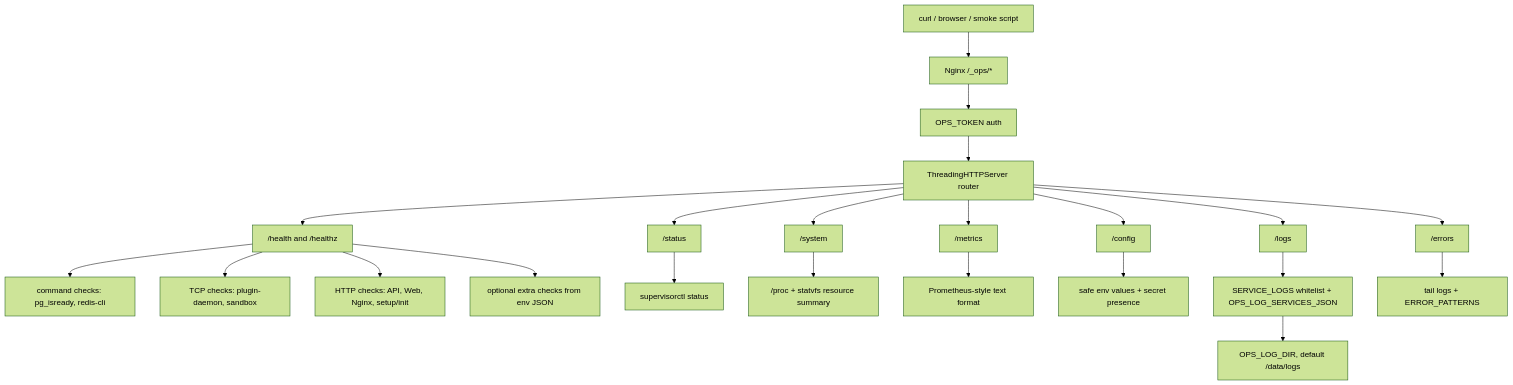
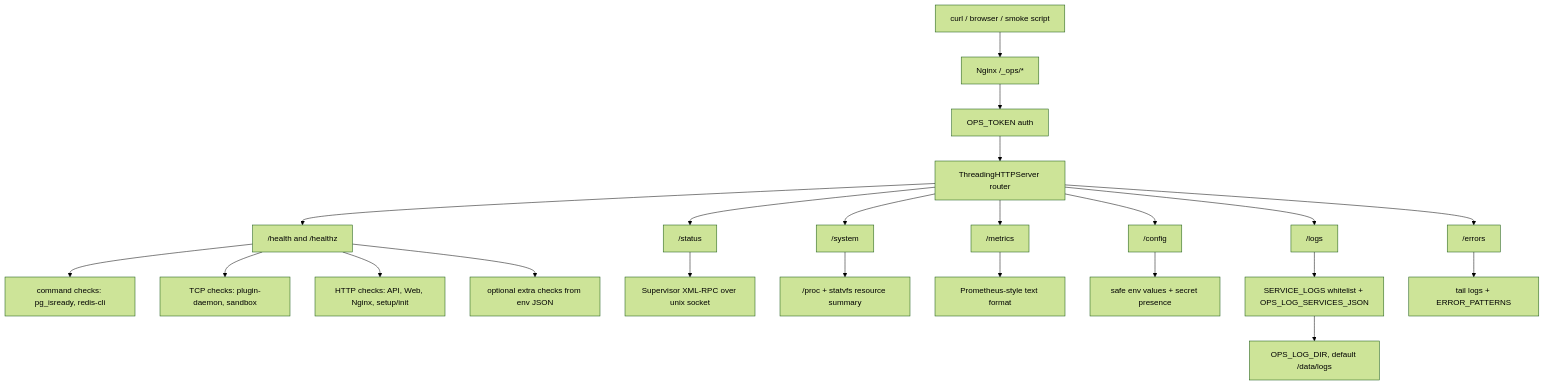
One commit to BlueSkyXN/Dify-all-in-one-HFS changed the second of 3 diagrams in docs/architecture.md. Above: the diagram before and after it, drawn with Mermaid (forest theme). The commit also changed other lines of this file and 30 other files, not shown here.

````diff
--- a/docs/architecture.md
+++ b/docs/architecture.md
@@ -50,25 +50,25 @@
 ```mermaid
 flowchart TD
     client["curl / browser / smoke script"] --> nginx_ops["Nginx /_ops/*"]
     nginx_ops --> auth["OPS_TOKEN auth"]
     auth --> router["ThreadingHTTPServer router"]
     router --> health["/health and /healthz"]
     router --> status["/status"]
     router --> system["/system"]
     router --> metrics["/metrics"]
     router --> config["/config"]
     router --> logs["/logs"]
     router --> errors["/errors"]
 
     health --> cmd_checks["command checks: pg_isready, redis-cli"]
     health --> tcp_checks["TCP checks: plugin-daemon, sandbox"]
     health --> http_checks["HTTP checks: API, Web, Nginx, setup/init"]
     health --> extra_checks["optional extra checks from env JSON"]
-    status --> supervisor_status["supervisorctl status"]
+    status --> supervisor_status["Supervisor XML-RPC over unix socket"]
     system --> procfs["/proc + statvfs resource summary"]
     metrics --> prom_text["Prometheus-style text format"]
     config --> env_summary["safe env values + secret presence"]
     logs --> log_whitelist["SERVICE_LOGS whitelist + OPS_LOG_SERVICES_JSON"]
     log_whitelist --> log_dir["OPS_LOG_DIR, default /data/logs"]
     errors --> error_patterns["tail logs + ERROR_PATTERNS"]
 ```
````
